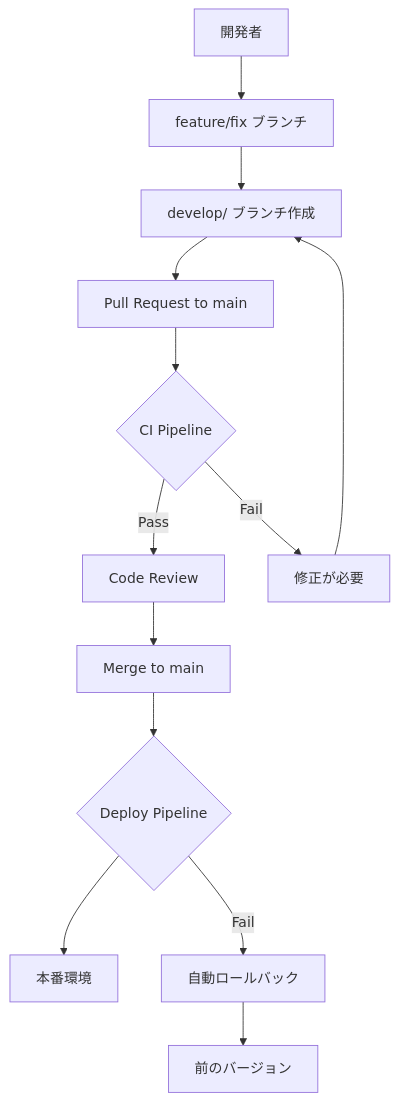
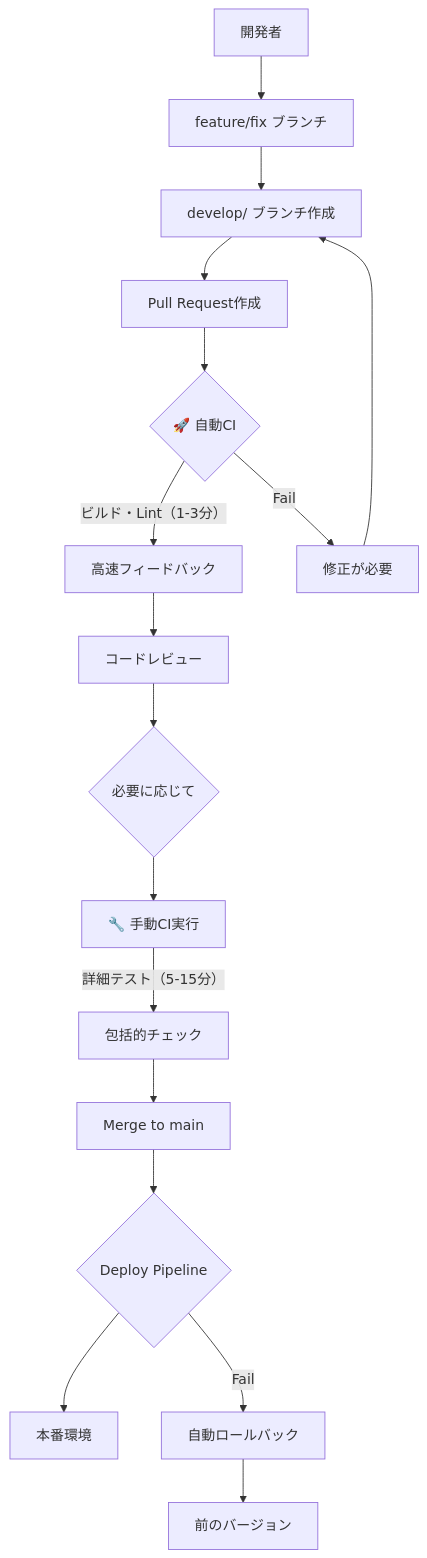
One commit to matthewyuh246/app-template changed the diagram in docs/CI_CD_GUIDE.md. Above: the diagram before and after it, drawn with Mermaid. The commit also changed other lines of this file and 1 other file, not shown here.

````diff
--- a/docs/CI_CD_GUIDE.md
+++ b/docs/CI_CD_GUIDE.md
@@ -31,16 +31,20 @@
 ```mermaid
 graph TD
     A[開発者] --> B[feature/fix ブランチ]
     B --> C[develop/ ブランチ作成]
-    C --> D[Pull Request to main]
-    D --> E{CI Pipeline}
-    E -->|Pass| F[Code Review]
-    E -->|Fail| G[修正が必要]
-    F --> H[Merge to main]
-    H --> I{Deploy Pipeline}
-    I --> J[本番環境]
-    I -->|Fail| K[自動ロールバック]
+    C --> D[Pull Request作成]
+    D --> E{🚀 自動CI}
+    E --> |"ビルド・Lint（1-3分）"| F[高速フィードバック]
+    F --> G[コードレビュー]
+    G --> H{必要に応じて}
+    H --> I[🔧 手動CI実行]
+    I --> |"詳細テスト（5-15分）"| J[包括的チェック]
+    J --> K[Merge to main]
+    K --> L{Deploy Pipeline}
+    L --> M[本番環境]
+    L -->|Fail| N[自動ロールバック]
     
-    G --> C
-    K --> L[前のバージョン]
+    E -->|Fail| O[修正が必要]
+    O --> C
+    N --> P[前のバージョン]
 ```
````
